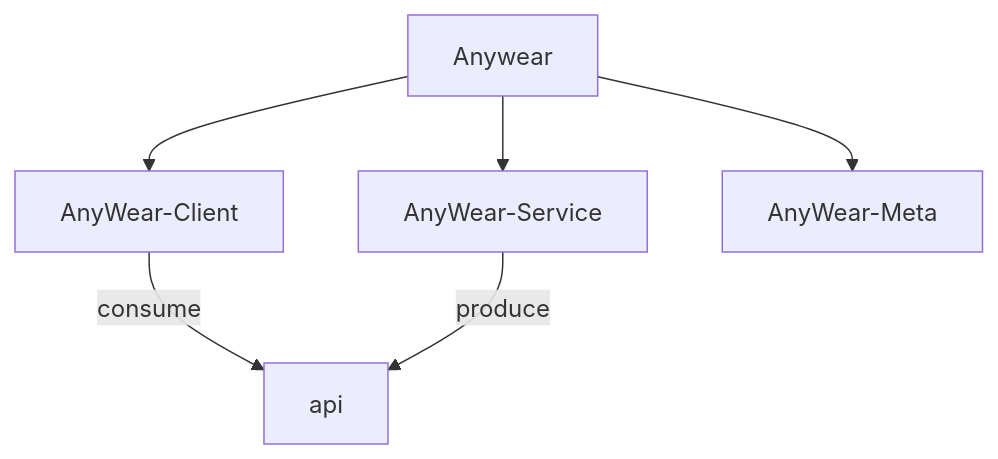
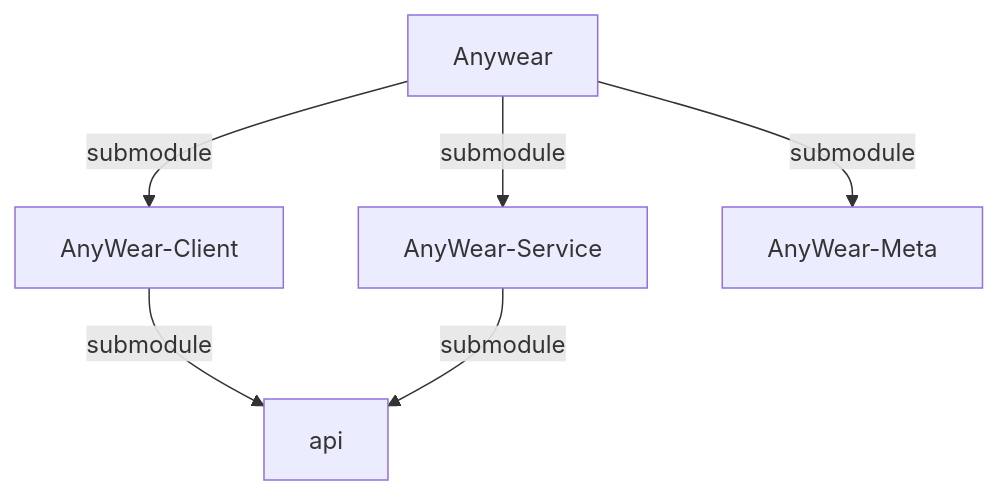
One commit to git-malu/AnyWear-E2E changed the first of 2 diagrams in AGENTS.md. Above: the diagram before and after it, drawn with Mermaid. The commit also changed other lines of this file, not shown here.

````diff
--- a/AGENTS.md
+++ b/AGENTS.md
@@ -18,8 +19,8 @@
 ```mermaid
 graph TD
-    Anywear --> AnyWear-Client 
-    Anywear --> AnyWear-Service
-    Anywear --> AnyWear-Meta
-    AnyWear-Client --> |consume| api
-    AnyWear-Service --> |produce| api
+    Anywear --> |submodule| AnyWear-Client 
+    Anywear --> |submodule| AnyWear-Service
+    Anywear --> |submodule| AnyWear-Meta
+    AnyWear-Client --> |submodule| api
+    AnyWear-Service --> |submodule| api
 ```
````
